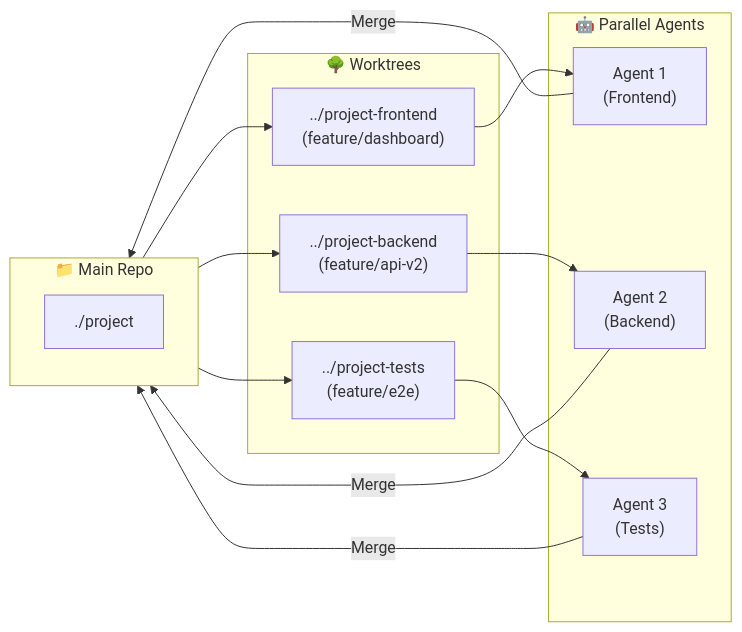
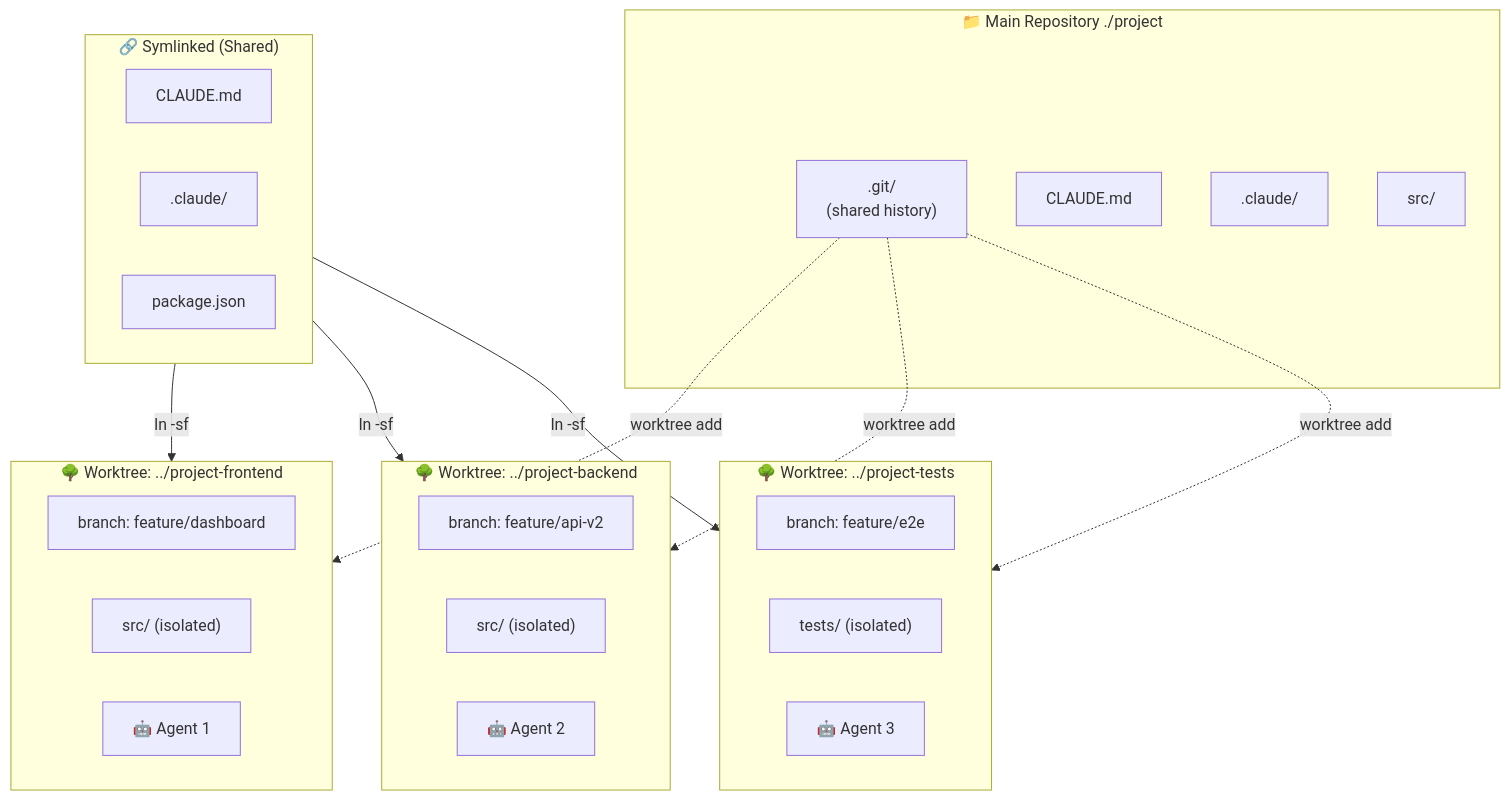
Before and after one commit to Just-Understanding-Data-Ltd/compound-engineering-book: the second of 5 diagrams in assets/diagrams/ch12-workflows.md, drawn with Mermaid. The commit also changed other lines of this file and 2 other files, not shown here.

First line of the commit message:
[chapter]: Complete ch12 Development Workflows diagrams_complete milestone - ITERATION 6

````diff
--- a/assets/diagrams/ch12-workflows.md
+++ b/assets/diagrams/ch12-workflows.md
@@ -25,30 +80,41 @@
 ```mermaid
-flowchart LR
-    subgraph Main["📁 Main Repo"]
-        M["./project"]
+flowchart TB
+    subgraph MainRepo["📁 Main Repository ./project"]
+        M_Git[".git/\n(shared history)"]
+        M_Claude["CLAUDE.md"]
+        M_Config[".claude/"]
+        M_Src["src/"]
     end
 
-    subgraph Worktrees["🌳 Worktrees"]
-        W1["../project-frontend\n(feature/dashboard)"]
-        W2["../project-backend\n(feature/api-v2)"]
-        W3["../project-tests\n(feature/e2e)"]
+    subgraph Shared["🔗 Symlinked (Shared)"]
+        S1["CLAUDE.md"]
+        S2[".claude/"]
+        S3["package.json"]
     end
 
-    subgraph Agents["🤖 Parallel Agents"]
-        A1["Agent 1\n(Frontend)"]
-        A2["Agent 2\n(Backend)"]
-        A3["Agent 3\n(Tests)"]
+    subgraph WT1["🌳 Worktree: ../project-frontend"]
+        WT1_Branch["branch: feature/dashboard"]
+        WT1_Src["src/ (isolated)"]
+        WT1_Agent["🤖 Agent 1"]
     end
 
-    Main --> W1
-    Main --> W2
-    Main --> W3
+    subgraph WT2["🌳 Worktree: ../project-backend"]
+        WT2_Branch["branch: feature/api-v2"]
+        WT2_Src["src/ (isolated)"]
+        WT2_Agent["🤖 Agent 2"]
+    end
 
-    W1 --> A1
-    W2 --> A2
-    W3 --> A3
+    subgraph WT3["🌳 Worktree: ../project-tests"]
+        WT3_Branch["branch: feature/e2e"]
+        WT3_Src["tests/ (isolated)"]
+        WT3_Agent["🤖 Agent 3"]
+    end
 
-    A1 -->|"Merge"| Main
-    A2 -->|"Merge"| Main
-    A3 -->|"Merge"| Main
+    M_Git -.->|"worktree add"| WT1
+    M_Git -.->|"worktree add"| WT2
+    M_Git -.->|"worktree add"| WT3
+
+    Shared -->|"ln -sf"| WT1
+    Shared -->|"ln -sf"| WT2
+    Shared -->|"ln -sf"| WT3
 ```
````
